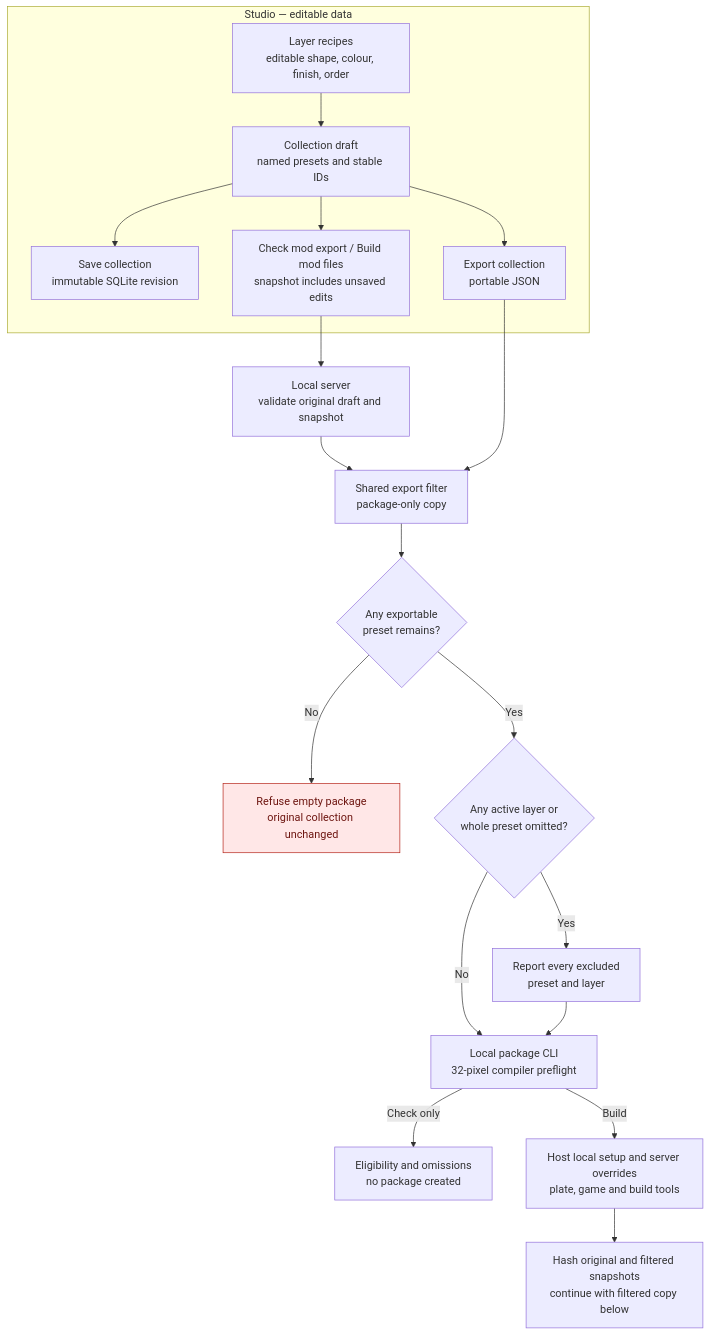
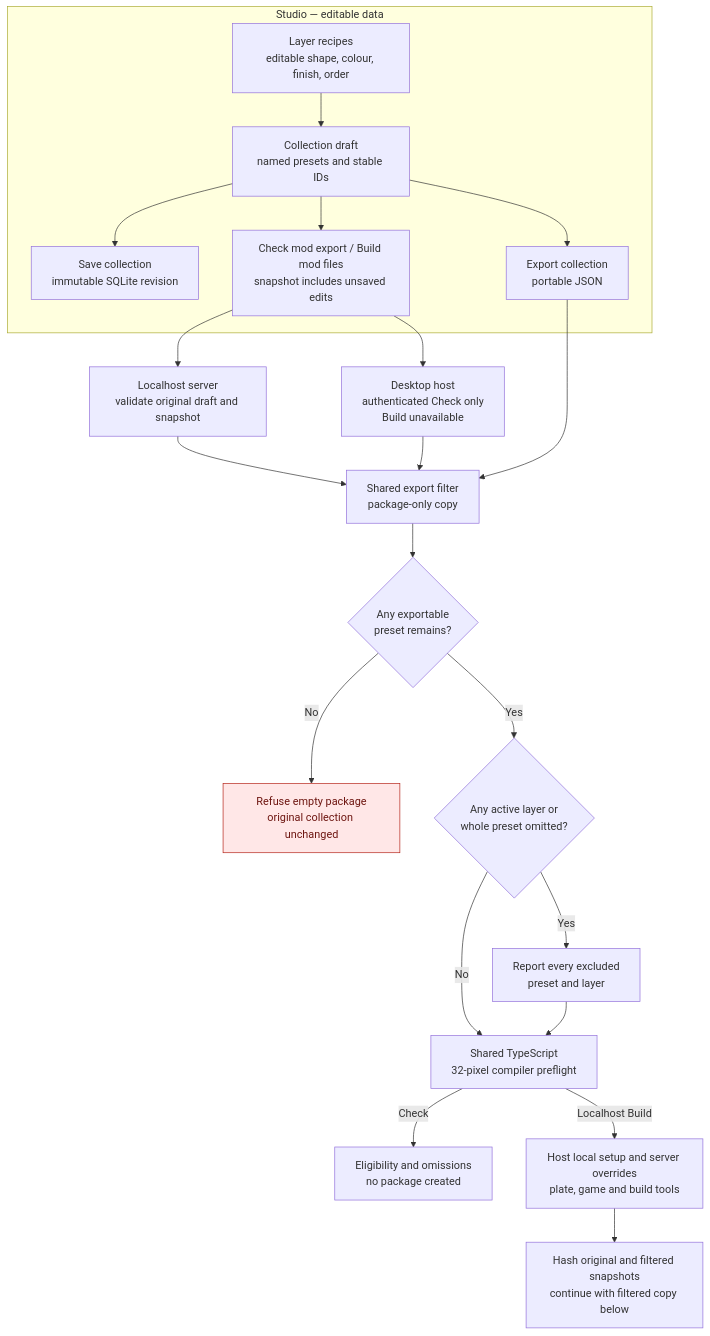
Before and after one commit to axefrog/xf-studio: the first of 3 diagrams in research/authoring/studio-to-mod-pipeline.md, drawn with Mermaid. The commit also changed other lines of this file and 14 other files, not shown here.

Commit message:
Enable portable desktop package Check preflight

````diff
--- a/research/authoring/studio-to-mod-pipeline.md
+++ b/research/authoring/studio-to-mod-pipeline.md
@@ -11,25 +11,27 @@
 ```mermaid
 flowchart TB
   subgraph editor["Studio — editable data"]
     recipe["Layer recipes<br/>editable shape, colour, finish, order"] --> draft["Collection draft<br/>named presets and stable IDs"]
     draft --> sqlite["Save collection<br/>immutable SQLite revision"]
     draft --> export["Export collection<br/>portable JSON"]
     draft --> ui["Check mod export / Build mod files<br/>snapshot includes unsaved edits"]
   end
 
-  ui --> server["Local server<br/>validate original draft and snapshot"]
+  ui --> server["Localhost server<br/>validate original draft and snapshot"]
+  ui --> desktop["Desktop host<br/>authenticated Check only<br/>Build unavailable"]
   server --> filter["Shared export filter<br/>package-only copy"]
+  desktop --> filter
   export --> filter
   filter --> decision{"Any exportable<br/>preset remains?"}
   decision -- No --> reject["Refuse empty package<br/>original collection unchanged"]
   decision -- Yes --> omitted{"Any active layer or<br/>whole preset omitted?"}
   omitted -- Yes --> warn["Report every excluded<br/>preset and layer"]
-  omitted -- No --> cli["Local package CLI<br/>32-pixel compiler preflight"]
-  warn --> cli
-  cli -- Check only --> ready["Eligibility and omissions<br/>no package created"]
-  cli -- Build --> setup["Host local setup and server overrides<br/>plate, game and build tools"]
+  omitted -- No --> preflight["Shared TypeScript<br/>32-pixel compiler preflight"]
+  warn --> preflight
+  preflight -- Check --> ready["Eligibility and omissions<br/>no package created"]
+  preflight -- "Localhost Build" --> setup["Host local setup and server overrides<br/>plate, game and build tools"]
   setup --> snapshot["Hash original and filtered snapshots<br/>continue with filtered copy below"]
 
   classDef blocked fill:#ffe7e7,stroke:#b42318,color:#6e1611;
   class reject blocked;
 ```
````
